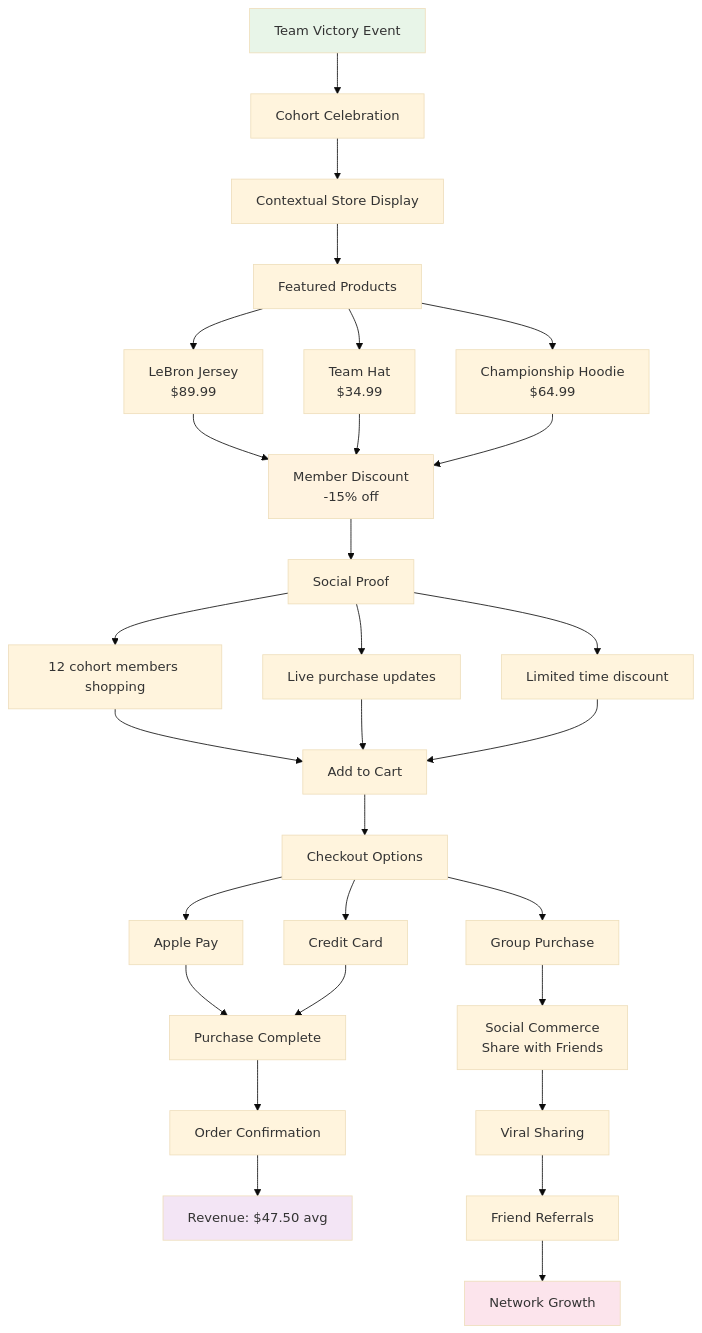
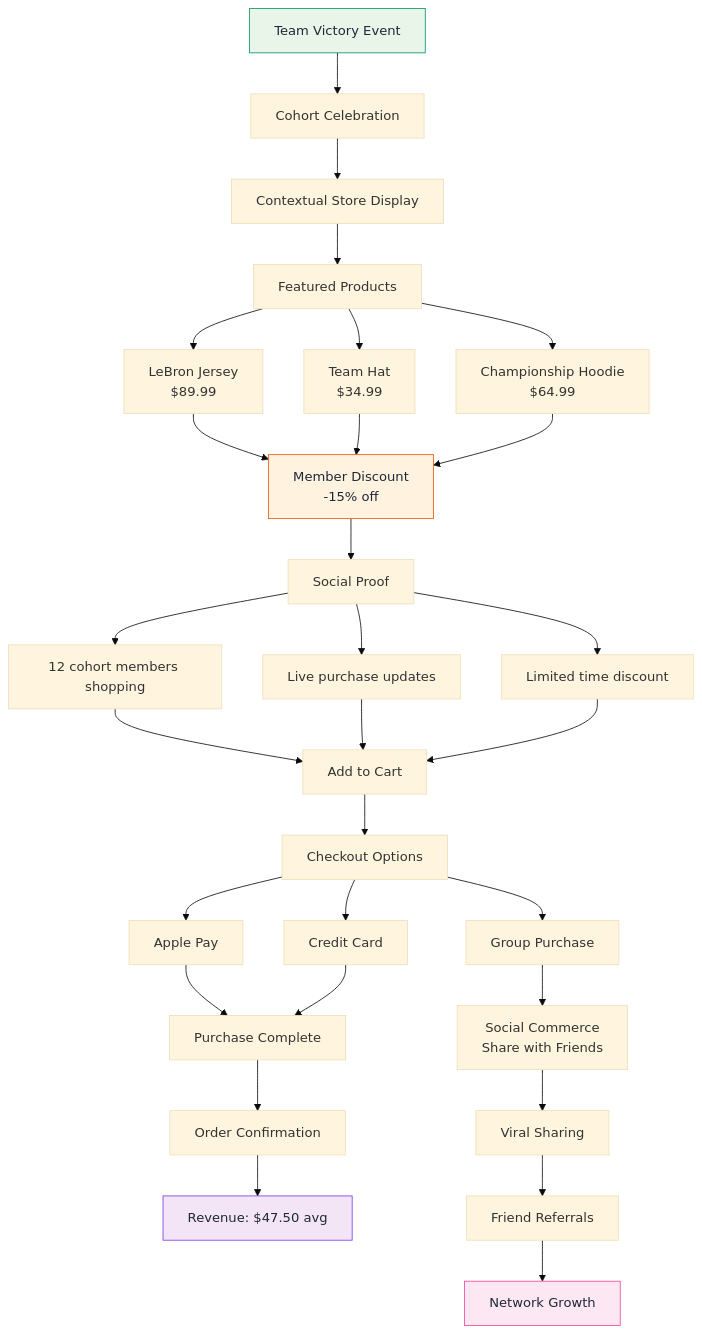
The sixth of 9 diagrams in docs/investor-flows.md (SkaFld-Ignite/ref-u-wireframes), drawn with Mermaid (base theme) before and after one commit. The commit also changed other lines of this file and 1 other file, not shown here.

Commit message:
Enhanced Mermaid plugin configuration with professional theming and fixed Growth Strategy diagram

````diff
--- a/docs/investor-flows.md
+++ b/docs/investor-flows.md
@@ -240,44 +240,44 @@
 ```mermaid
 graph TD
     A[Team Victory Event] --> B[Cohort Celebration]
     B --> C[Contextual Store Display]
     
     C --> D[Featured Products]
     D --> E1[LeBron Jersey<br/>$89.99]
     D --> E2[Team Hat<br/>$34.99]
     D --> E3[Championship Hoodie<br/>$64.99]
     
     E1 --> F[Member Discount<br/>-15% off]
     E2 --> F
     E3 --> F
     
     F --> G[Social Proof]
     G --> H1[12 cohort members shopping]
     G --> H2[Live purchase updates]
     G --> H3[Limited time discount]
     
     H1 --> I[Add to Cart]
     H2 --> I
     H3 --> I
     
     I --> J[Checkout Options]
     J --> K1[Apple Pay]
     J --> K2[Credit Card]
     J --> K3[Group Purchase]
     
     K1 --> L[Purchase Complete]
     K2 --> L
     K3 --> M[Social Commerce<br/>Share with Friends]
     
     L --> N[Order Confirmation]
     N --> O[Revenue: $47.50 avg]
     
     M --> P[Viral Sharing]
     P --> Q[Friend Referrals]
     Q --> R[Network Growth]
     
-    style A fill:#e8f5e8
-    style F fill:#fff3e0
-    style O fill:#f3e5f5
-    style R fill:#fce4ec
+    style A fill:#e8f5e8,stroke:#059669,color:#1f2937
+    style F fill:#fff3e0,stroke:#ea580c,color:#1f2937
+    style O fill:#f3e5f5,stroke:#7c3aed,color:#1f2937
+    style R fill:#fce7f3,stroke:#ec4899,color:#1f2937
 ```
````
